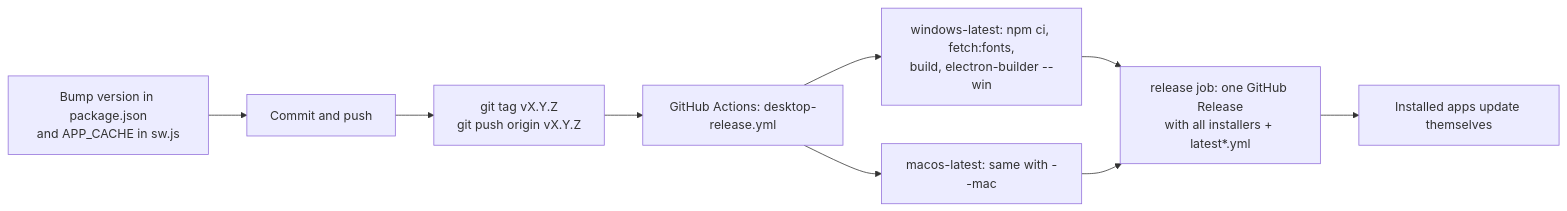
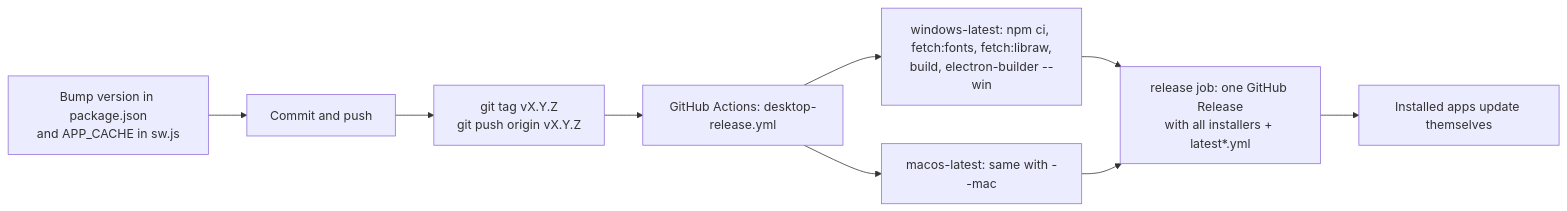
The diagram in docs/BUILD.md (RVicky172/Chitthi), drawn with Mermaid before and after one commit. The commit also changed other lines of this file and 45 other files, not shown here.

````diff
--- a/docs/BUILD.md
+++ b/docs/BUILD.md
@@ -113,11 +115,11 @@
 ```mermaid
 flowchart LR
   A[Bump version in package.json<br/>and APP_CACHE in sw.js] --> B[Commit and push]
   B --> C[git tag vX.Y.Z<br/>git push origin vX.Y.Z]
   C --> D[GitHub Actions: desktop-release.yml]
-  D --> E[windows-latest: npm ci, fetch:fonts,<br/>build, electron-builder --win]
+  D --> E[windows-latest: npm ci, fetch:fonts, fetch:libraw,<br/>build, electron-builder --win]
   D --> F[macos-latest: same with --mac]
   E --> G[release job: one GitHub Release<br/>with all installers + latest*.yml]
   F --> G
   G --> H[Installed apps update themselves]
 ```
````
